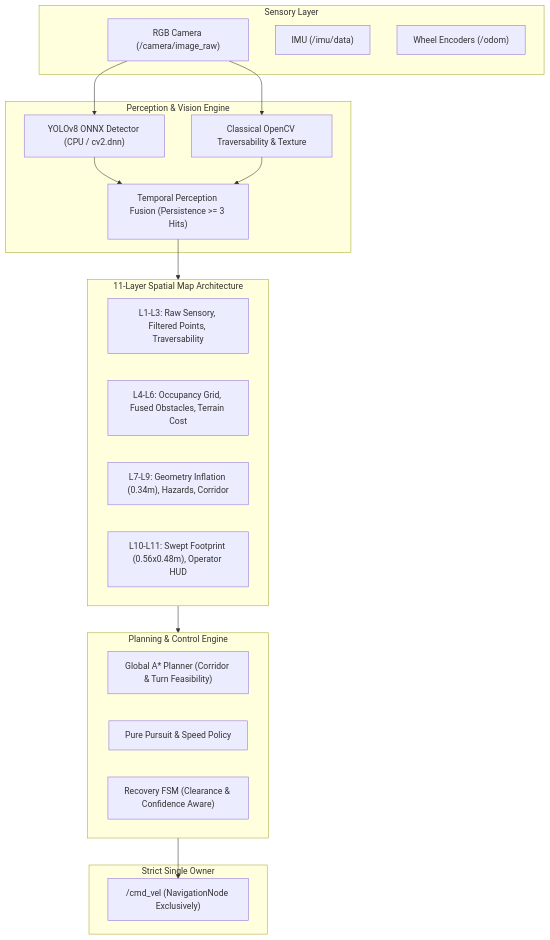
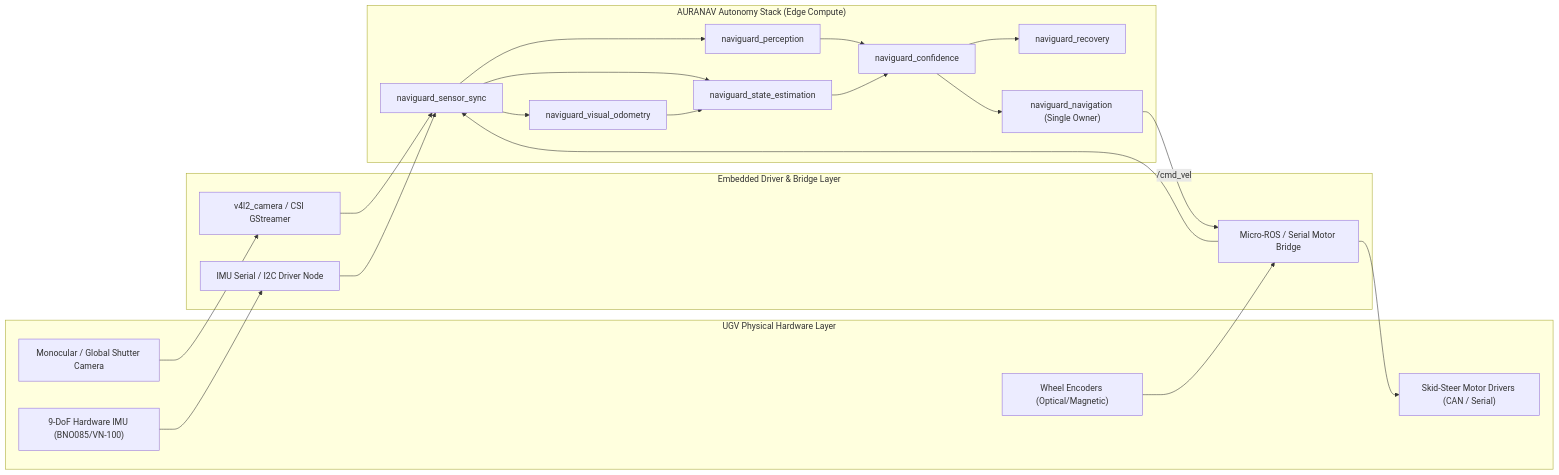
The second of 2 diagrams in README.md (codinghubindia/auraguard), drawn with Mermaid before and after one commit. The commit also changed other lines of this file, not shown here.

````diff
--- a/README.md
+++ b/README.md
@@ -74,39 +271,35 @@
 ```mermaid
-flowchart TD
-    subgraph Sensors ["Sensory Layer"]
-        CAM["RGB Camera (/camera/image_raw)"]
-        IMU["IMU (/imu/data)"]
-        ENC["Wheel Encoders (/odom)"]
+flowchart LR
+    subgraph Hardware ["UGV Physical Hardware Layer"]
+        CAM_HW["Monocular / Global Shutter Camera"]
+        IMU_HW["9-DoF Hardware IMU (BNO085/VN-100)"]
+        ENC_HW["Wheel Encoders (Optical/Magnetic)"]
+        MOTOR_HW["Skid-Steer Motor Drivers (CAN / Serial)"]
     end
 
-    subgraph Perception ["Perception & Vision Engine"]
-        YOLO["YOLOv8 ONNX Detector (CPU / cv2.dnn)"]
-        CLASSICAL["Classical OpenCV Traversability & Texture"]
-        FUSION["Temporal Perception Fusion (Persistence >= 3 Hits)"]
-        YOLO --> FUSION
-        CLASSICAL --> FUSION
+    subgraph Embedded ["Embedded Driver & Bridge Layer"]
+        V4L2["v4l2_camera / CSI GStreamer"]
+        SERIAL_IMU["IMU Serial / I2C Driver Node"]
+        MICROROS["Micro-ROS / Serial Motor Bridge"]
     end
 
-    subgraph SpatialLayers ["11-Layer Spatial Map Architecture"]
-        L1["L1-L3: Raw Sensory, Filtered Points, Traversability"]
-        L4["L4-L6: Occupancy Grid, Fused Obstacles, Terrain Cost"]
-        L7["L7-L9: Geometry Inflation (0.34m), Hazards, Corridor"]
-        L10["L10-L11: Swept Footprint (0.56x0.48m), Operator HUD"]
+    subgraph Stack ["AURANAV Autonomy Stack (Edge Compute)"]
+        SYNC["naviguard_sensor_sync"]
+        VO["naviguard_visual_odometry"]
+        EKF["naviguard_state_estimation"]
+        PERC["naviguard_perception"]
+        CONF["naviguard_confidence"]
+        REC["naviguard_recovery"]
+        NAV["naviguard_navigation (Single Owner)"]
     end
 
-    subgraph Planning ["Planning & Control Engine"]
-        ASTAR["Global A* Planner (Corridor & Turn Feasibility)"]
-        PURSUIT["Pure Pursuit & Speed Policy"]
-        REC["Recovery FSM (Clearance & Confidence Aware)"]
-    end
+    CAM_HW --> V4L2 --> SYNC
+    IMU_HW --> SERIAL_IMU --> SYNC
+    ENC_HW --> MICROROS --> SYNC
 
-    subgraph Actuation ["Strict Single Owner"]
-        CMD["/cmd_vel (NavigationNode Exclusively)"]
-    end
-
-    CAM --> YOLO
-    CAM --> CLASSICAL
-    FUSION --> SpatialLayers
-    SpatialLayers --> Planning
-    Planning --> CMD
+    SYNC --> VO & EKF & PERC
+    VO --> EKF
+    PERC & EKF --> CONF
+    CONF --> REC & NAV
+    NAV -->|/cmd_vel| MICROROS --> MOTOR_HW
 ```
````
